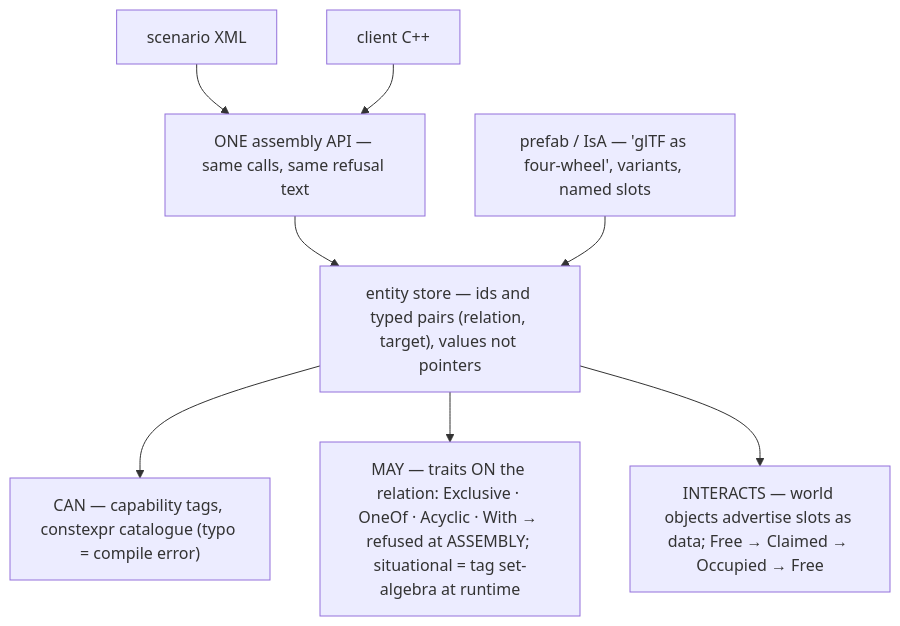
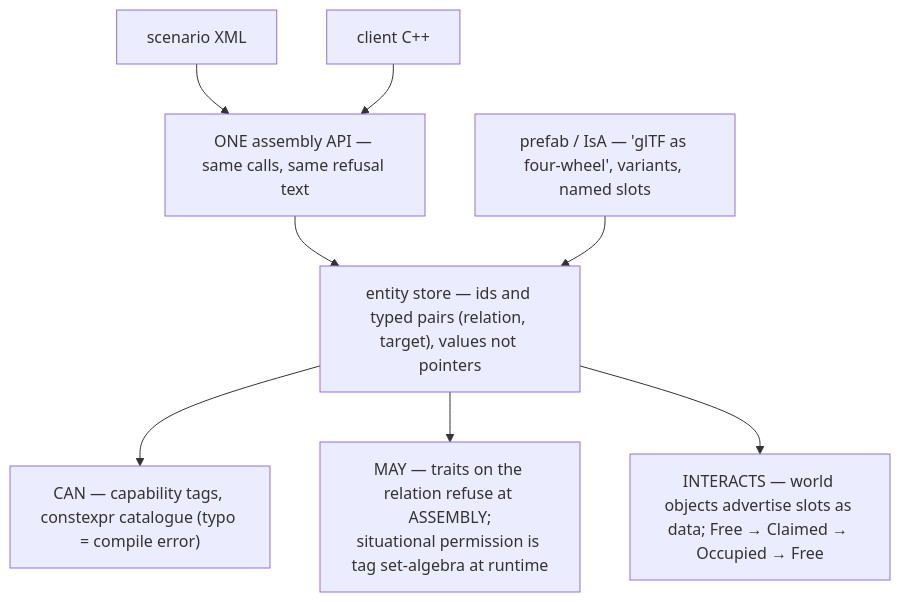
Before and after one commit to Weichwolf/outshine: the third of 10 diagrams in CLAUDE.md, drawn with Mermaid. The commit also changed other lines of this file, not shown here.

First line of the commit message:
CLAUDE.md carries IST and SOLL for class structure and public interface, and every diagram builds vertically

````diff
--- a/CLAUDE.md
+++ b/CLAUDE.md
@@ -72,10 +72,10 @@
 ```mermaid
 flowchart TD
   XML["scenario XML"] --> API["ONE assembly API — same calls, same refusal text"]
   CPP["client C++"] --> API
   API --> STORE["entity store — ids and typed pairs (relation, target), values not pointers"]
   PRE["prefab / IsA — 'glTF as four-wheel', variants, named slots"] --> STORE
   STORE --> CAN["CAN — capability tags, constexpr catalogue (typo = compile error)"]
-  STORE --> MAY["MAY — traits ON the relation: Exclusive · OneOf · Acyclic · With → refused at ASSEMBLY; situational = tag set-algebra at runtime"]
+  STORE --> MAY["MAY — traits on the relation refuse at ASSEMBLY;<br/>situational permission is tag set-algebra at runtime"]
   STORE --> ACT["INTERACTS — world objects advertise slots as data; Free → Claimed → Occupied → Free"]
 ```
````
